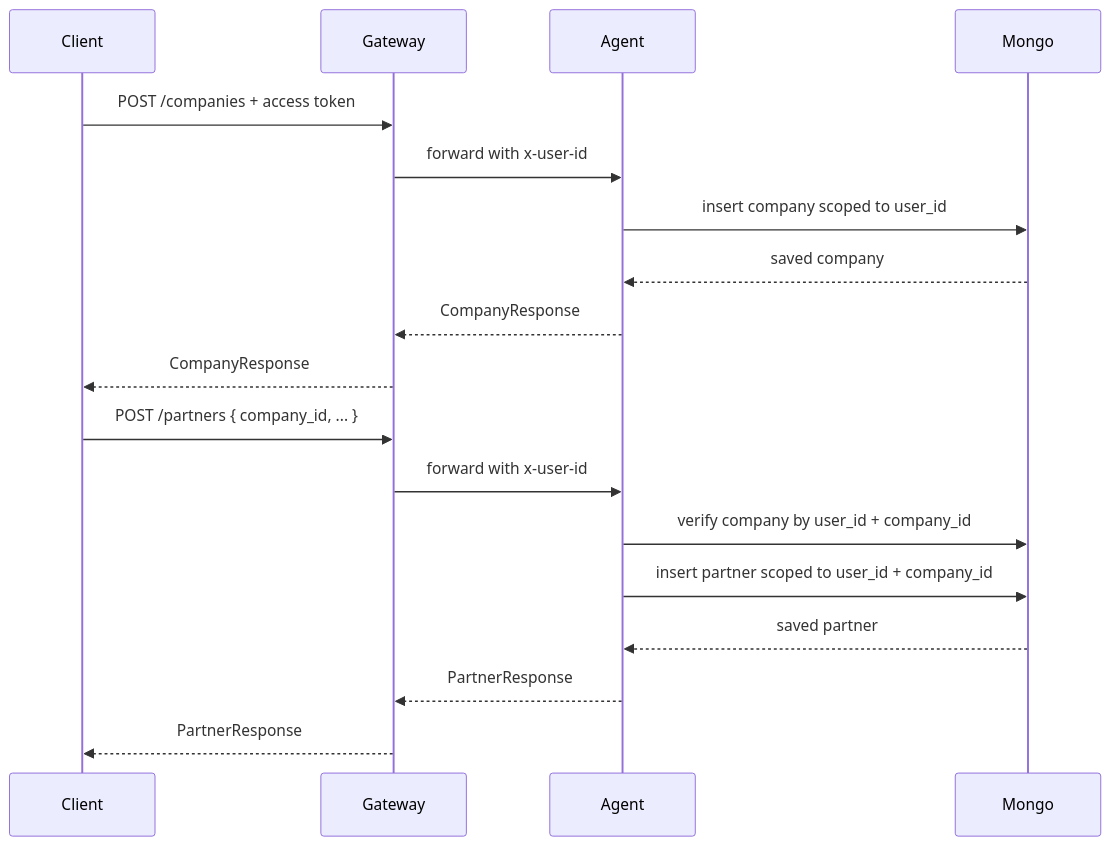
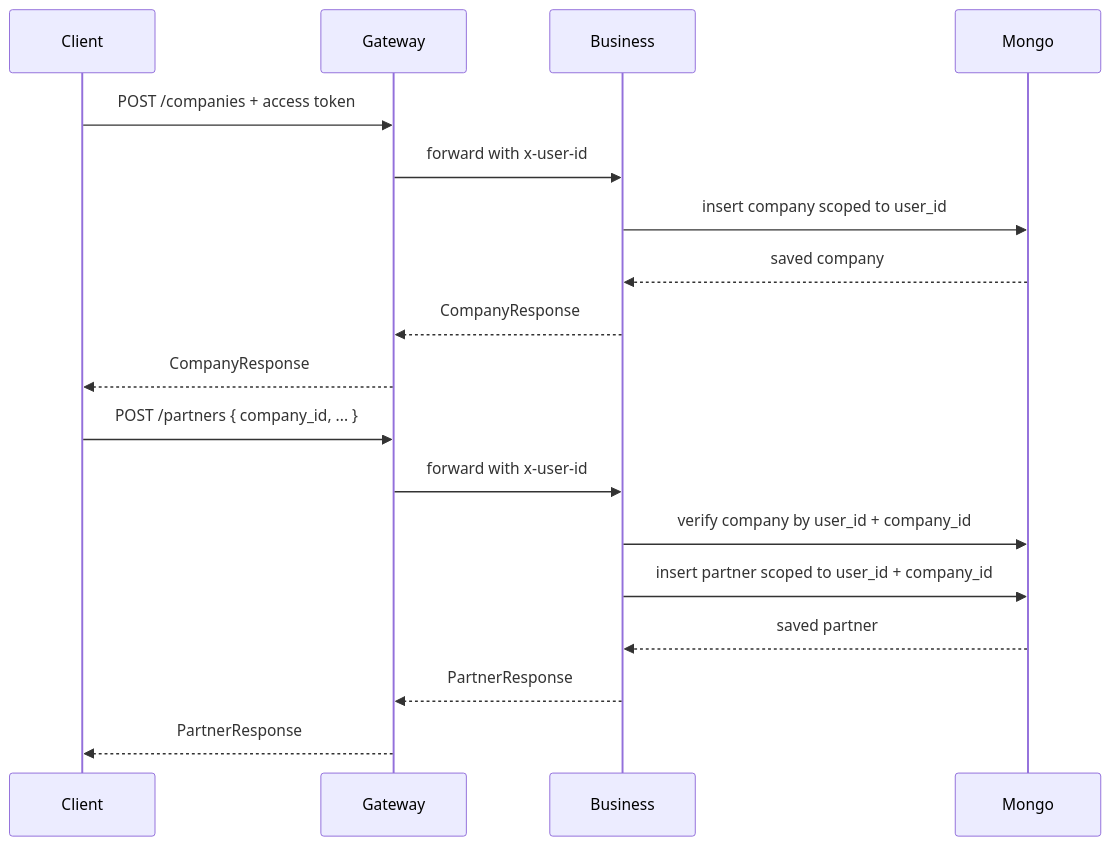
One commit to valiobar/agents changed the third of 7 diagrams in docs/services/agent/data-flow.md. Above: the diagram before and after it, drawn with Mermaid. The commit also changed other lines of this file and 85 other files, not shown here.

````diff
--- a/docs/services/agent/data-flow.md
+++ b/docs/services/agent/data-flow.md
@@ -41,22 +51,22 @@
 ```mermaid
 sequenceDiagram
     participant Client
     participant Gateway
-    participant Agent
+    participant Business
     participant Mongo
 
     Client->>Gateway: POST /companies + access token
-    Gateway->>Agent: forward with x-user-id
-    Agent->>Mongo: insert company scoped to user_id
-    Mongo-->>Agent: saved company
-    Agent-->>Gateway: CompanyResponse
+    Gateway->>Business: forward with x-user-id
+    Business->>Mongo: insert company scoped to user_id
+    Mongo-->>Business: saved company
+    Business-->>Gateway: CompanyResponse
     Gateway-->>Client: CompanyResponse
 
     Client->>Gateway: POST /partners { company_id, ... }
-    Gateway->>Agent: forward with x-user-id
-    Agent->>Mongo: verify company by user_id + company_id
-    Agent->>Mongo: insert partner scoped to user_id + company_id
-    Mongo-->>Agent: saved partner
-    Agent-->>Gateway: PartnerResponse
+    Gateway->>Business: forward with x-user-id
+    Business->>Mongo: verify company by user_id + company_id
+    Business->>Mongo: insert partner scoped to user_id + company_id
+    Mongo-->>Business: saved partner
+    Business-->>Gateway: PartnerResponse
     Gateway-->>Client: PartnerResponse
 ```
````
